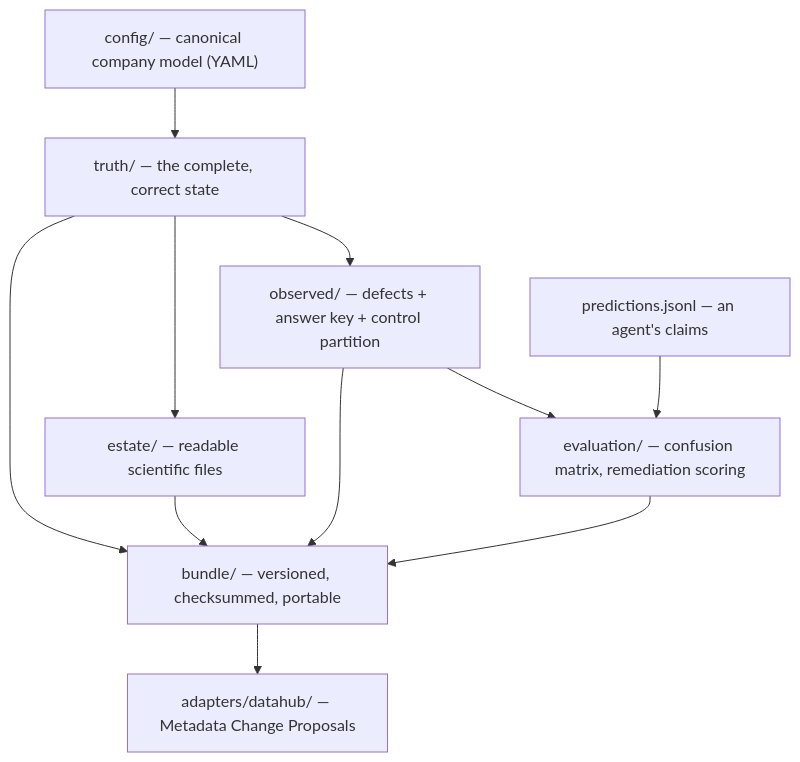
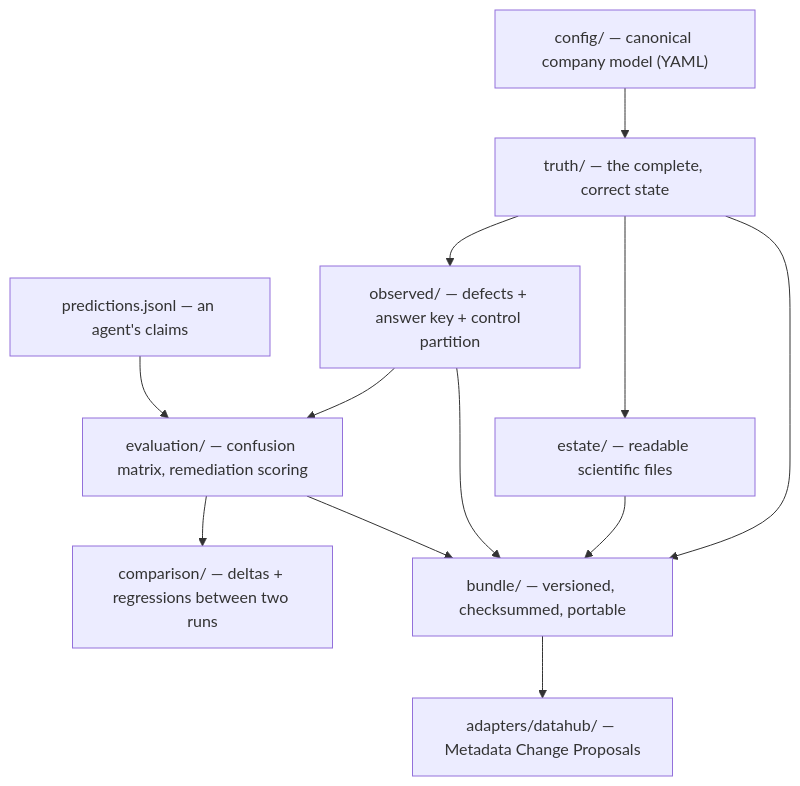
The diagram in README.md (ronfinn/dataswamp-biosystems), drawn with Mermaid before and after one commit. The commit also changed other lines of this file and 21 other files, not shown here.

````diff
--- a/README.md
+++ b/README.md
@@ -141,21 +145,23 @@
 ```mermaid
 flowchart TD
     C["config/ — canonical company model (YAML)"]
     T["truth/ — the complete, correct state"]
     E["estate/ — readable scientific files"]
     O["observed/ — defects + answer key + control partition"]
     P["predictions.jsonl — an agent's claims"]
     V["evaluation/ — confusion matrix, remediation scoring"]
+    R["comparison/ — deltas + regressions between two runs"]
     B["bundle/ — versioned, checksummed, portable"]
     D["adapters/datahub/ — Metadata Change Proposals"]
 
     C --> T --> E
     T --> O
     O --> V
     P --> V
+    V --> R
     T --> B
     E --> B
     O --> B
     V --> B
     B --> D
 ```
````
